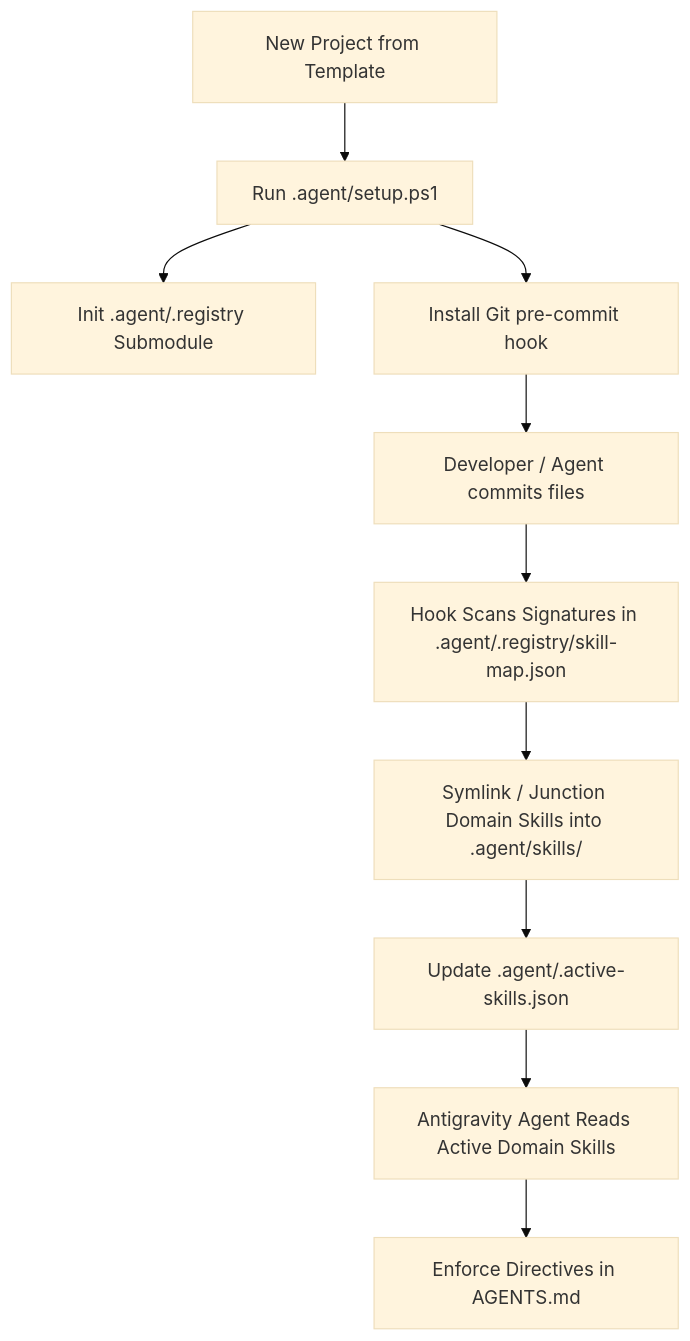
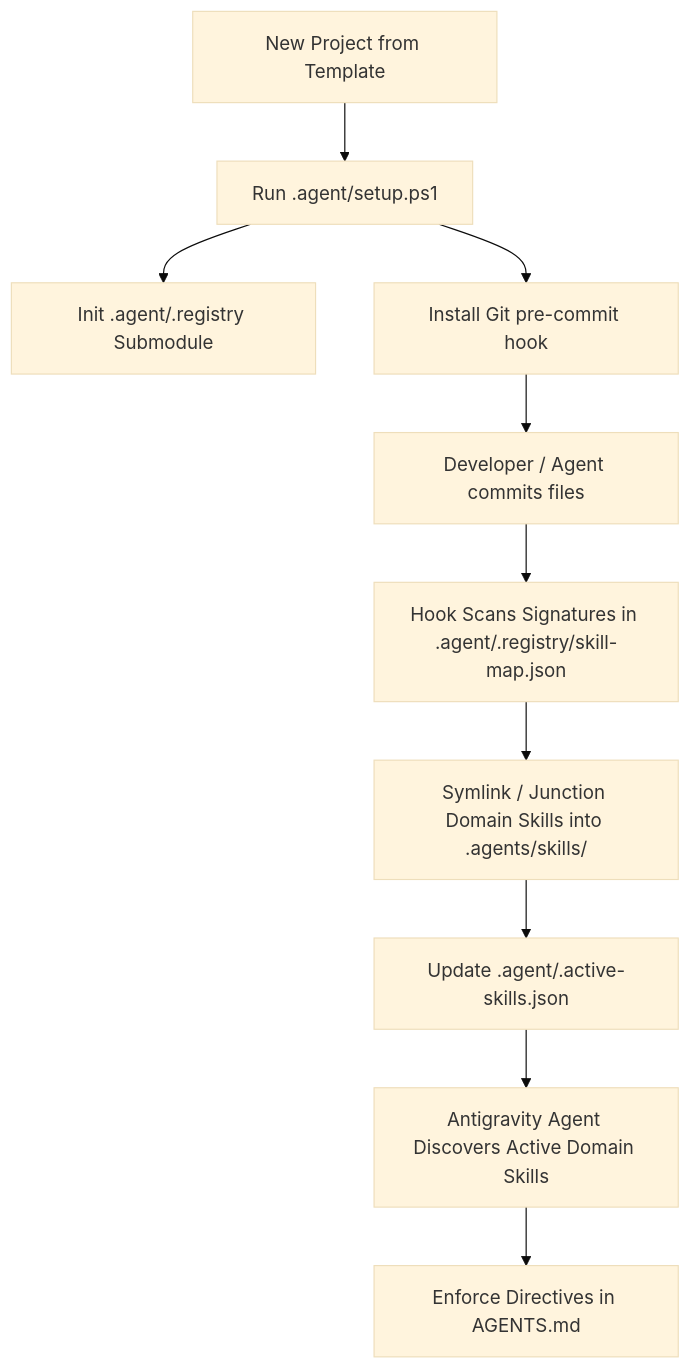
The diagram in README.md (Awesome06/AgenticTemplate), drawn with Mermaid (base theme) before and after one commit. The commit also changed other lines of this file and 7 other files, not shown here.

First line of the commit message:
feat(template): add submodule auto-sync on pre-commit and adopt .agents/skills root

````diff
--- a/README.md
+++ b/README.md
@@ -19,12 +19,12 @@
 ```mermaid
 graph TD
     A[New Project from Template] --> B[Run .agent/setup.ps1]
     B --> C[Init .agent/.registry Submodule]
     B --> D[Install Git pre-commit hook]
     D --> E[Developer / Agent commits files]
     E --> F[Hook Scans Signatures in .agent/.registry/skill-map.json]
-    F --> G[Symlink / Junction Domain Skills into .agent/skills/]
+    F --> G[Symlink / Junction Domain Skills into .agents/skills/]
     G --> H[Update .agent/.active-skills.json]
-    H --> I[Antigravity Agent Reads Active Domain Skills]
+    H --> I[Antigravity Agent Discovers Active Domain Skills]
     I --> J[Enforce Directives in AGENTS.md]
 ```
````
